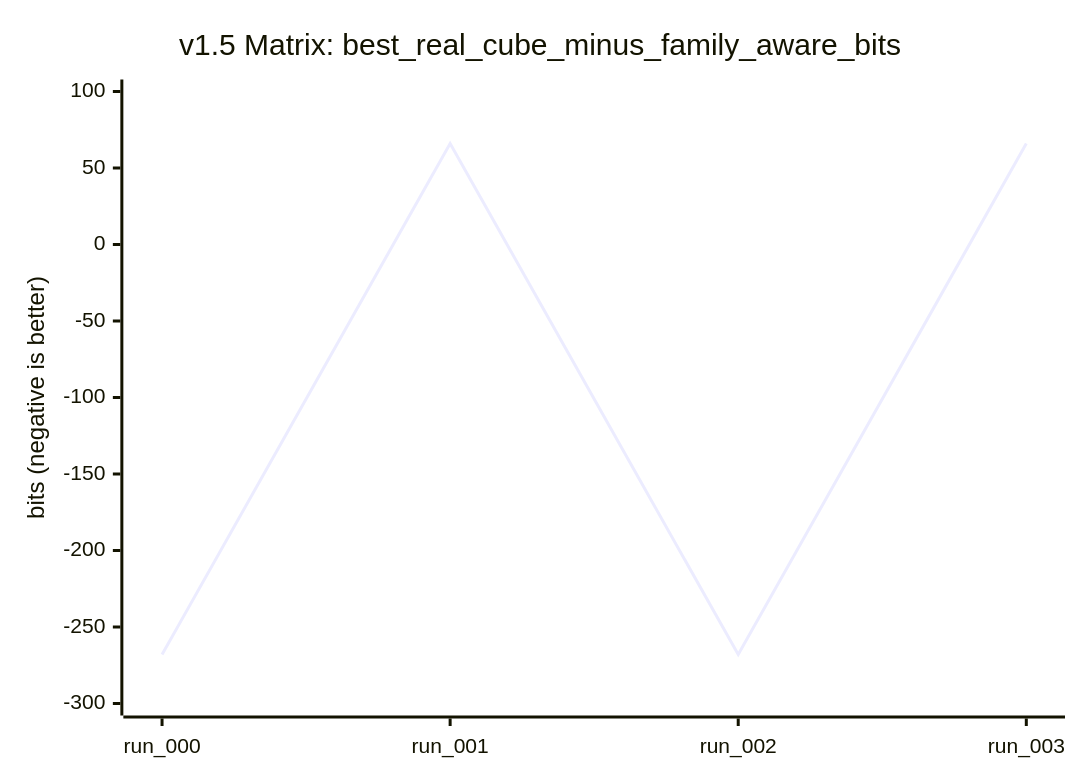
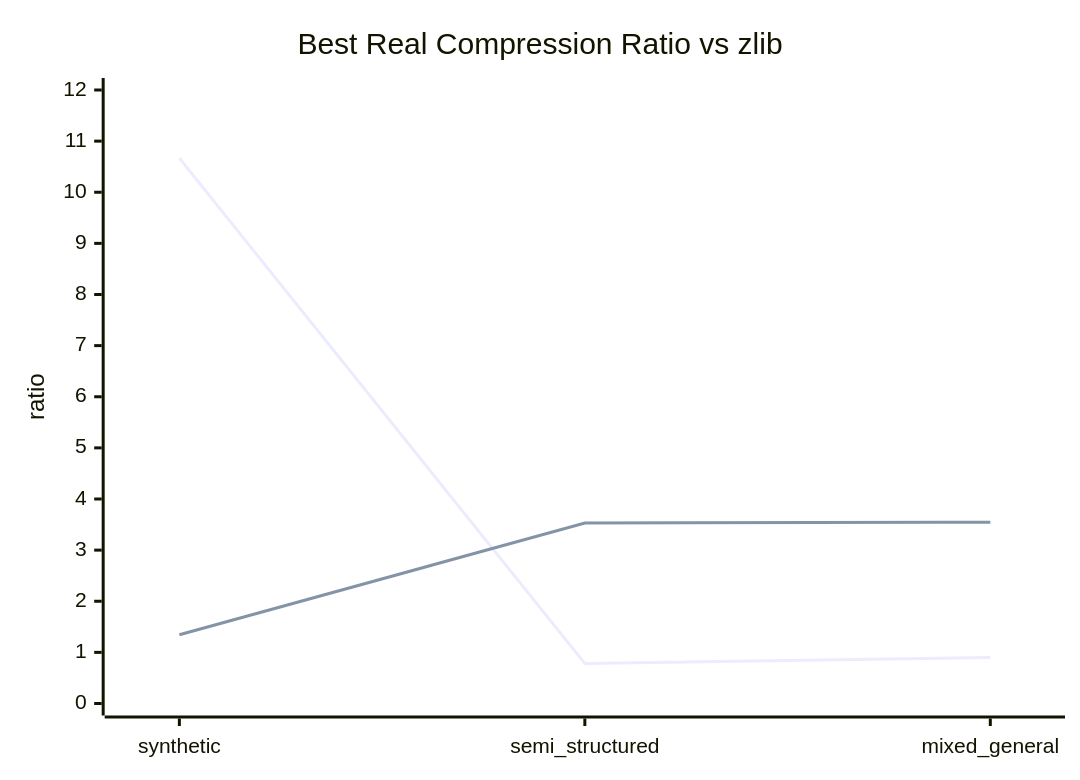
One commit to scruff2/Cube_Compression changed the third of 4 diagrams in README.md. Above: the diagram before and after it, drawn with Mermaid. The commit also changed other lines of this file and 48 other files, not shown here.

````diff
--- a/README.md
+++ b/README.md
@@ -211,7 +194,8 @@
 ```mermaid
 xychart-beta
-    title "v1.5 Matrix: best_real_cube_minus_family_aware_bits"
-    x-axis [run_000, run_001, run_002, run_003]
-    y-axis "bits (negative is better)" -300 --> 100
-    line [-268, 66, -268, 66]
+    title "Best Real Compression Ratio vs zlib"
+    x-axis [synthetic, semi_structured, mixed_general]
+    y-axis "ratio" 0 --> 12
+    line [10.6667, 0.7821, 0.9008]
+    line [1.3445, 3.5308, 3.5454]
 ```
````
